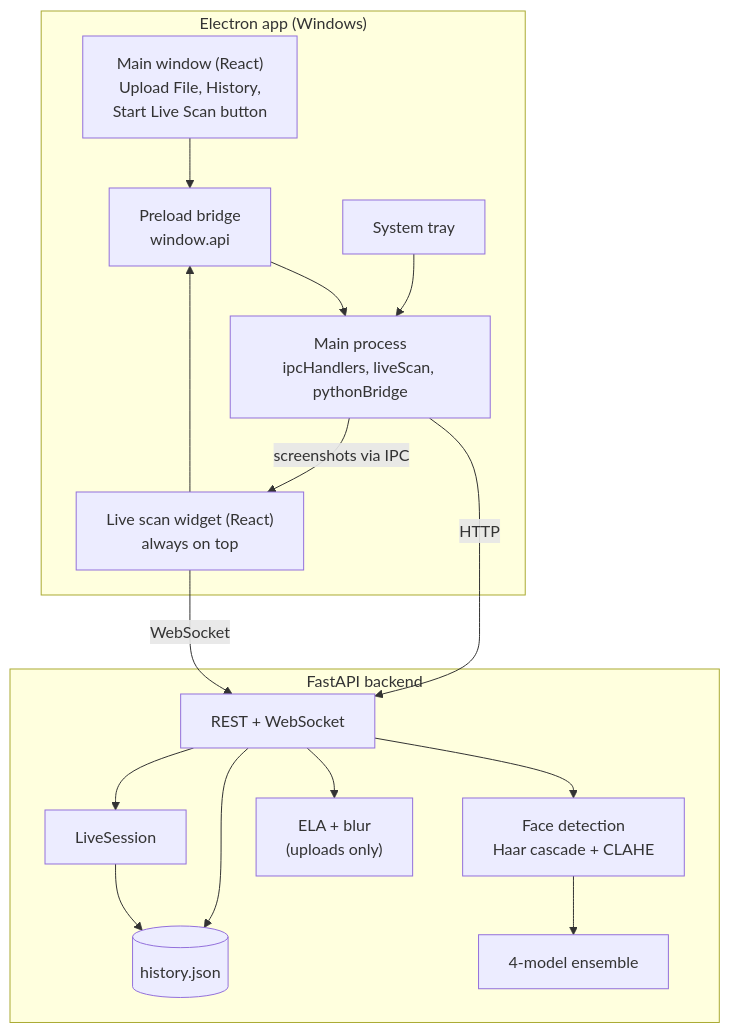
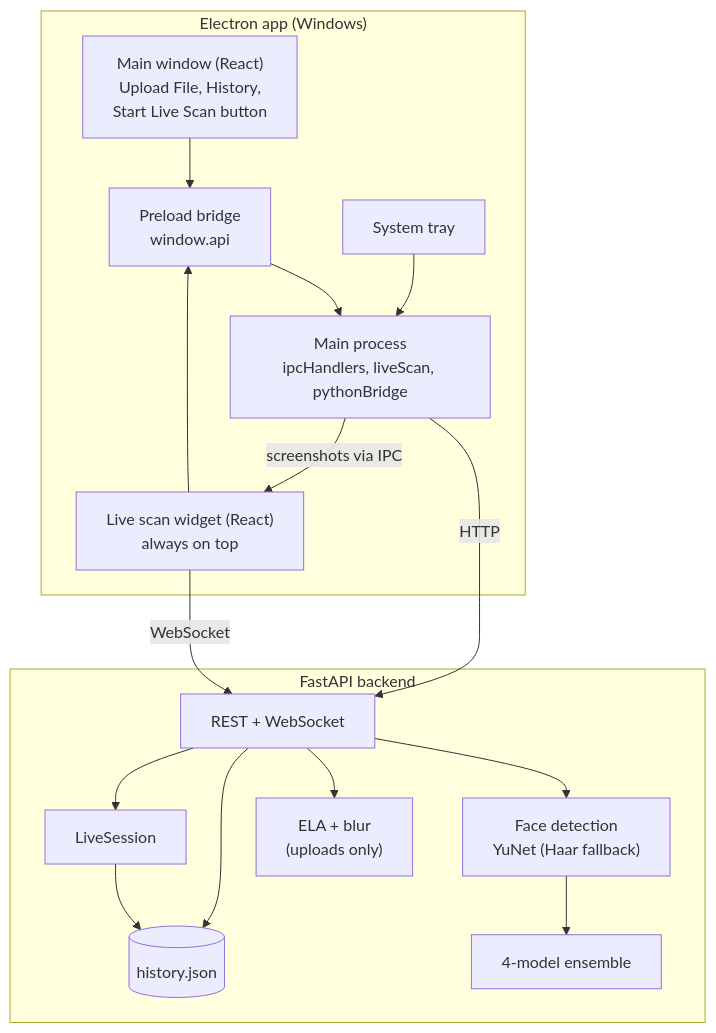
The first of 6 diagrams in docs/TECHNICAL_DESIGN.md (edgararya/Xeptocore), drawn with Mermaid before and after one commit. The commit also changed other lines of this file and 6 other files, not shown here.

Commit message:
feat: Integrate YuNet face detector, thread pool, and security updates

````diff
--- a/docs/TECHNICAL_DESIGN.md
+++ b/docs/TECHNICAL_DESIGN.md
@@ -9,30 +9,30 @@
 ```mermaid
 flowchart TB
     subgraph Electron["Electron app (Windows)"]
         Main["Main window (React)<br/>Upload File, History,<br/>Start Live Scan button"]
         Widget["Live scan widget (React)<br/>always on top"]
         Preload["Preload bridge<br/>window.api"]
         MainProc["Main process<br/>ipcHandlers, liveScan, pythonBridge"]
         Tray["System tray"]
     end
 
     subgraph Backend["FastAPI backend"]
         API["REST + WebSocket"]
-        Face["Face detection<br/>Haar cascade + CLAHE"]
+        Face["Face detection<br/>YuNet (Haar fallback)"]
         Ens["4-model ensemble"]
         Scores["ELA + blur<br/>(uploads only)"]
         Session["LiveSession"]
         Store[("history.json")]
     end
 
     Main --> Preload --> MainProc
     Widget --> Preload
     Tray --> MainProc
     MainProc -->|"HTTP"| API
     MainProc -->|"screenshots via IPC"| Widget
     Widget -->|"WebSocket"| API
     API --> Face --> Ens
     API --> Scores
     API --> Store
     API --> Session --> Store
 ```
````
